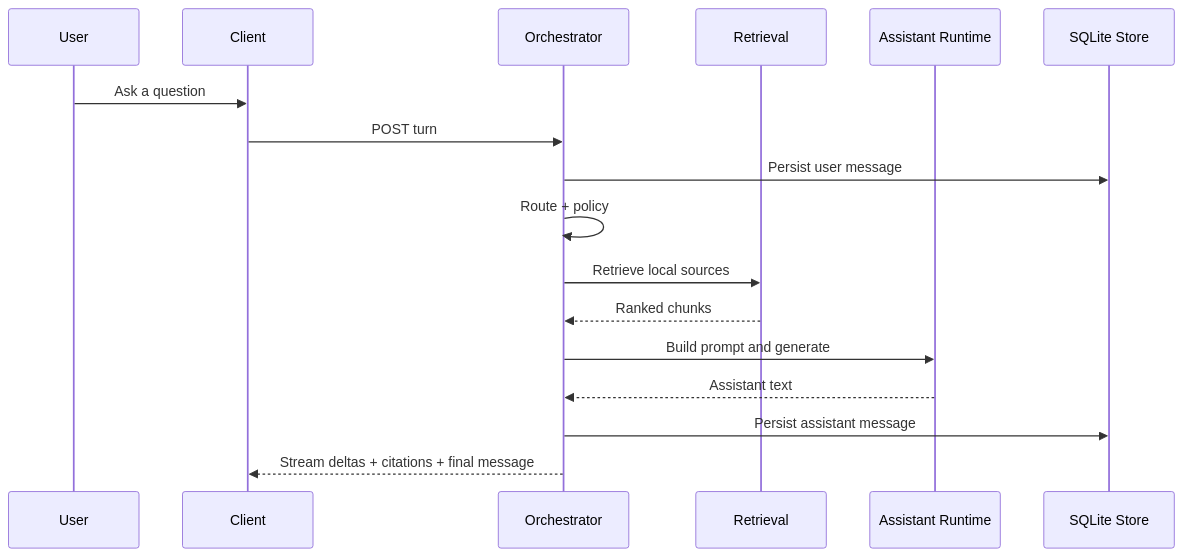
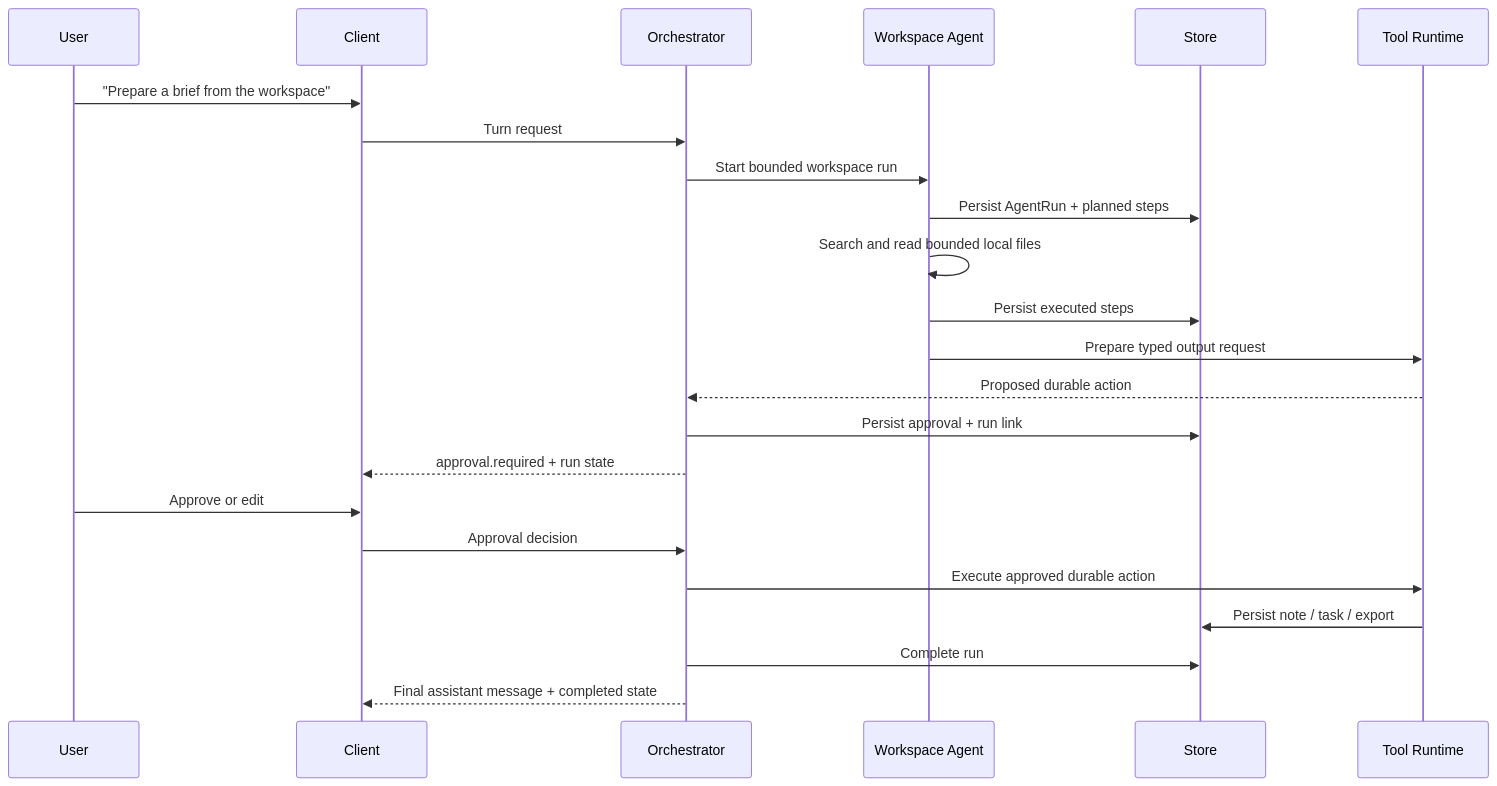
Before and after one commit to CheickDiakite-yikes/gemma-local-expert: the third of 5 diagrams in README.md, drawn with Mermaid. The commit also changed other lines of this file and 11 other files, not shown here.

````diff
--- a/README.md
+++ b/README.md
@@ -556,20 +842,26 @@
 ```mermaid
 sequenceDiagram
     participant U as User
     participant C as Client
     participant O as Orchestrator
-    participant R as Retrieval
-    participant A as Assistant Runtime
-    participant S as SQLite Store
+    participant A as Workspace Agent
+    participant S as Store
+    participant T as Tool Runtime
 
-    U->>C: Ask a question
-    C->>O: POST turn
-    O->>S: Persist user message
-    O->>O: Route + policy
-    O->>R: Retrieve local sources
-    R-->>O: Ranked chunks
-    O->>A: Build prompt and generate
-    A-->>O: Assistant text
-    O->>S: Persist assistant message
-    O-->>C: Stream deltas + citations + final message
+    U->>C: "Prepare a brief from the workspace"
+    C->>O: Turn request
+    O->>A: Start bounded workspace run
+    A->>S: Persist AgentRun + planned steps
+    A->>A: Search and read bounded local files
+    A->>S: Persist executed steps
+    A->>T: Prepare typed output request
+    T-->>O: Proposed durable action
+    O->>S: Persist approval + run link
+    O-->>C: approval.required + run state
+    U->>C: Approve or edit
+    C->>O: Approval decision
+    O->>T: Execute approved durable action
+    T->>S: Persist note / task / export
+    O->>S: Complete run
+    O-->>C: Final assistant message + completed state
 ```
````
